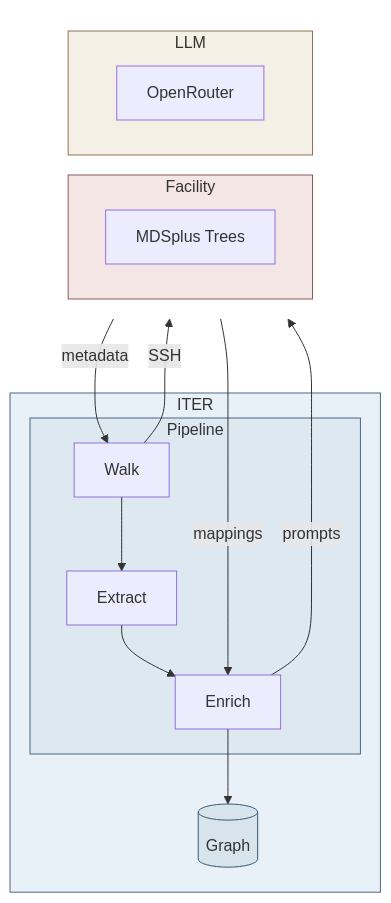
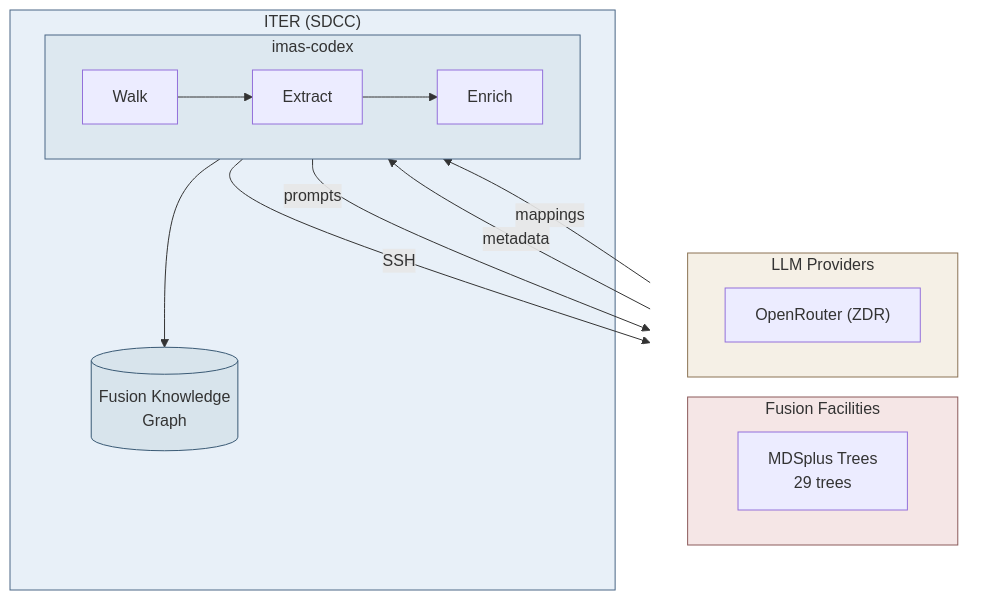
The fourth of 5 diagrams in docs/architecture/facility-access.md (iterorganization/imas-mcp), drawn with Mermaid before and after one commit. The commit also changed other lines of this file, not shown here.

First line of the commit message:
docs: tighten pipeline diagrams to match hero style

````diff
--- a/docs/architecture/facility-access.md
+++ b/docs/architecture/facility-access.md
@@ -181,36 +183,38 @@
 ```mermaid
 flowchart TB
     subgraph TOP[" "]
         direction LR
-        subgraph FAC["Facility"]
-            TREE["MDSplus Trees"]
+        subgraph FAC["Fusion Facilities"]
+            TREE["MDSplus Trees
+29 trees"]
         end
-        subgraph LLM["LLM"]
-            L["OpenRouter"]
+        subgraph LLM["LLM Providers"]
+            L["OpenRouter (ZDR)"]
         end
     end
 
-    subgraph ITER["ITER"]
-        subgraph PIPE["Pipeline"]
+    subgraph ITER["ITER (SDCC)"]
+        subgraph BUILD["imas-codex"]
+            direction LR
             WALK["Walk"]
             EXTRACT["Extract"]
             ENRICH["Enrich"]
         end
-        GRAPH[("Graph")]
+        GRAPH[("Fusion Knowledge
+Graph")]
     end
 
     TREE -- "metadata" --> WALK
     WALK -- "SSH" --> TREE
-    WALK --> EXTRACT
-    EXTRACT --> ENRICH
     ENRICH --> GRAPH
     L -- "mappings" --> ENRICH
     ENRICH -- "prompts" --> L
+    WALK --> EXTRACT --> ENRICH
 
     style TOP fill:none,stroke:none
     style FAC fill:#f5e6e6,stroke:#8b5a5a
+    style LLM fill:#f5f0e6,stroke:#8b7355
     style ITER fill:#e8f0f8,stroke:#4a6785
-    style PIPE fill:#dde8f0,stroke:#4a6785
-    style LLM fill:#f5f0e6,stroke:#8b7355
+    style BUILD fill:#dde8f0,stroke:#4a6785
     style GRAPH fill:#d8e4ec,stroke:#3a5a75
 ```
````
